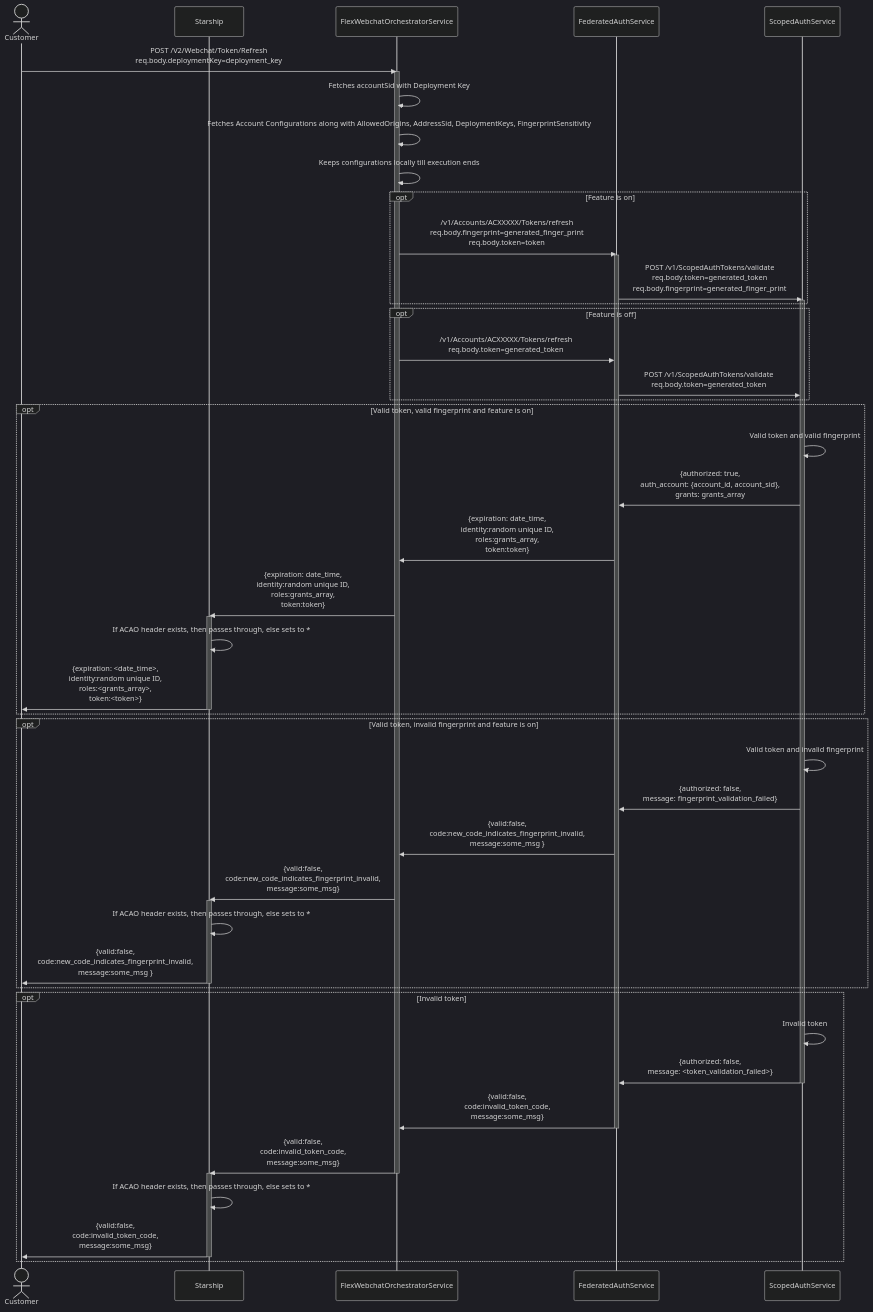
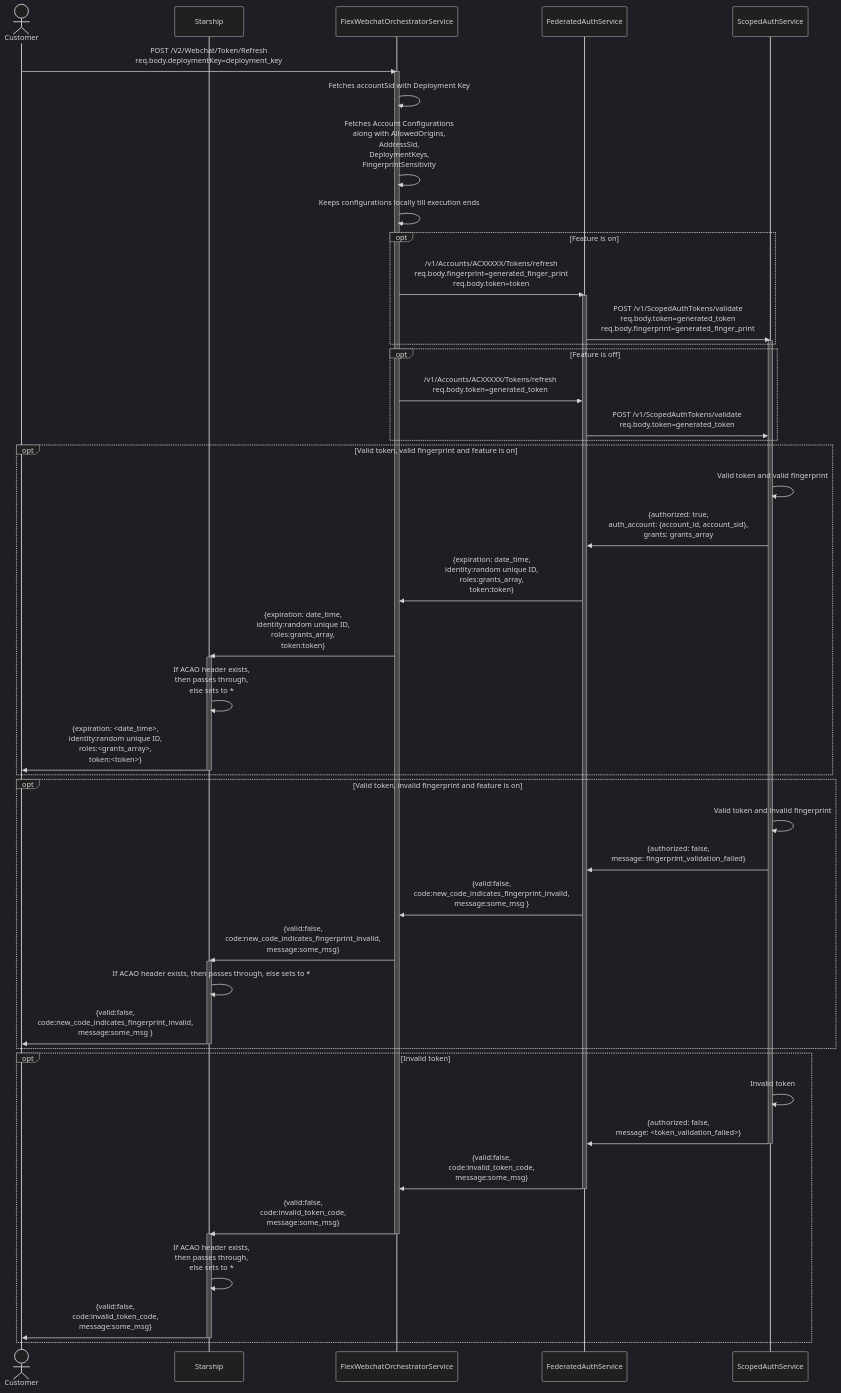
Before and after one commit to twilio/twilio-webchat-react-app: the diagram in seq_webchat_refresh_token.md, drawn with Mermaid (dark theme). The commit also changed 1 other file, not shown here.

Commit message:
Updating sequence diagrams

````diff
--- a/seq_webchat_refresh_token.md
+++ b/seq_webchat_refresh_token.md
@@ -1,65 +1,65 @@
 ```mermaid
 %% Webchat Refresh Token
 sequenceDiagram
 
 actor C as Customer
 participant S as Starship
 participant FWO as FlexWebchatOrchestratorService
 participant FAS as FederatedAuthService
 participant SAS as ScopedAuthService
 
 C ->> FWO : POST /V2/Webchat/Token/Refresh <br/>req.body.deploymentKey=deployment_key
 activate FWO
 FWO ->> FWO : Fetches accountSid with Deployment Key
-FWO ->> FWO : Fetches Account Configurations along with AllowedOrigins, AddressSid, DeploymentKeys, FingerprintSensitivity
+FWO ->> FWO : Fetches Account Configurations <br/>along with AllowedOrigins, <br/>AddressSid, <br/>DeploymentKeys, <br/>FingerprintSensitivity
 FWO ->> FWO : Keeps configurations locally till execution ends
 
 opt Feature is on
     FWO ->> FAS : /v1/Accounts/ACXXXXX/Tokens/refresh <br/>req.body.fingerprint=generated_finger_print <br/>req.body.token=token
     activate FAS
     FAS ->> SAS : POST /v1/ScopedAuthTokens/validate <br/>req.body.token=generated_token <br/>req.body.fingerprint=generated_finger_print
     activate SAS
 end
 
 opt Feature is off
     FWO ->> FAS : /v1/Accounts/ACXXXXX/Tokens/refresh <br/>req.body.token=generated_token
     FAS ->> SAS : POST /v1/ScopedAuthTokens/validate <br/>req.body.token=generated_token
 end
 
 opt Valid token, valid fingerprint and feature is on
     SAS ->> SAS: Valid token and valid fingerprint
     SAS ->> FAS : {authorized: true, <br/>auth_account: {account_id, account_sid}, <br/>grants: grants_array
     FAS ->> FWO : {expiration: date_time,<br/>identity:random unique ID, <br/>roles:grants_array,<br/>token:token}
     FWO ->> S : {expiration: date_time,<br/>identity:random unique ID, <br/>roles:grants_array,<br/>token:token}
     activate S
-    S ->> S : If ACAO header exists, then passes through, else sets to *
+    S ->> S : If ACAO header exists, <br/>then passes through,  <br/>else sets to *
     S ->> C : {expiration: <date_time>,<br/>identity:random unique ID, <br/>roles:<grants_array>,<br/>token:<token>}
     deactivate S
 end
 
 opt Valid token, invalid fingerprint and feature is on
     SAS ->> SAS: Valid token and invalid fingerprint
     SAS ->> FAS : {authorized: false, <br/>message: fingerprint_validation_failed}
     FAS ->> FWO : {valid:false, <br/>code:new_code_indicates_fingerprint_invalid, <br/>message:some_msg }
     FWO ->> S : {valid:false, <br/>code:new_code_indicates_fingerprint_invalid, <br/>message:some_msg}
     activate S
     S ->> S : If ACAO header exists, then passes through, else sets to *
     S ->> C : {valid:false, <br/>code:new_code_indicates_fingerprint_invalid, <br/>message:some_msg }
     deactivate S
 end
 
 opt Invalid token
     SAS ->> SAS: Invalid token
     SAS ->> FAS : {authorized: false, <br/>message: <token_validation_failed>}
     deactivate SAS
     FAS ->> FWO : {valid:false, <br/>code:invalid_token_code, <br/>message:some_msg}
     deactivate FAS
     FWO ->> S : {valid:false, <br/>code:invalid_token_code, <br/>message:some_msg}
     deactivate FWO
     activate S
-    S ->> S : If ACAO header exists, then passes through, else sets to *
+    S ->> S : If ACAO header exists, <br/>then passes through, <br/>else sets to *
     S ->> C : {valid:false, <br/>code:invalid_token_code, <br/>message:some_msg}
     deactivate S
 end
 
 ```
````
